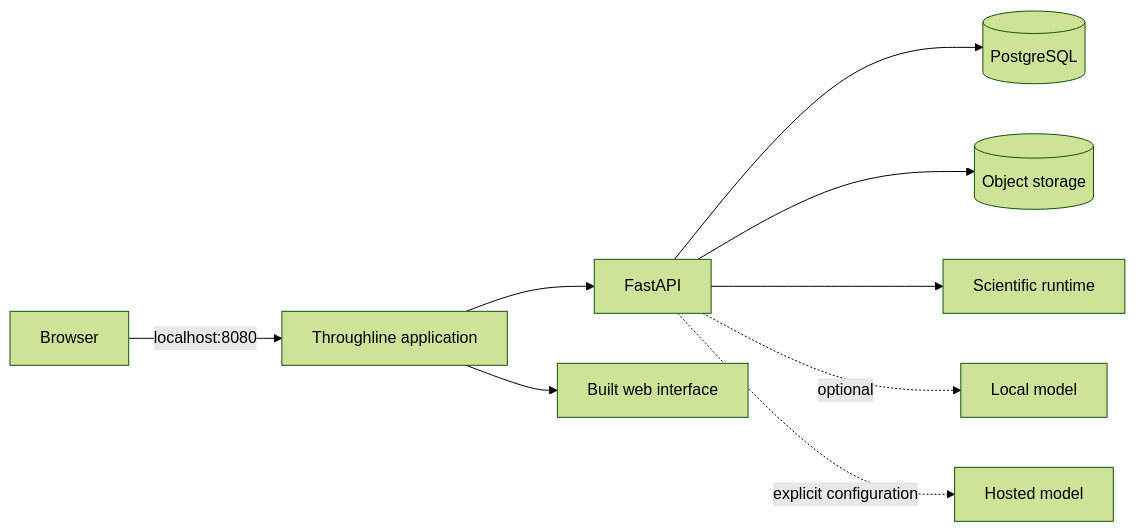
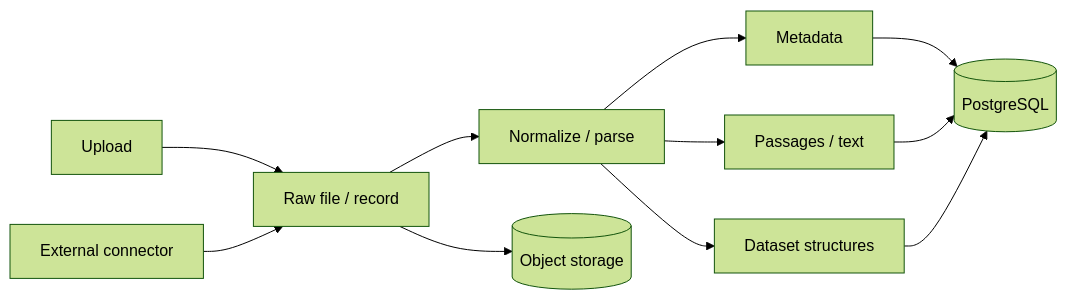
Before and after one commit to SarthakPattnaik1/throughline-os: diagram 14 of 31 in README.md, drawn with Mermaid (forest theme). The commit also changed other lines of this file, not shown here.

````diff
--- a/README.md
+++ b/README.md
@@ -312,11 +650,23 @@
 ```mermaid
 flowchart LR
-    B[Browser] -->|localhost:8080| APP[Throughline application]
-    APP --> API[FastAPI]
-    APP --> WEB[Built web interface]
-    API --> DB[(PostgreSQL)]
-    API --> OS[(Object storage)]
-    API --> SR[Scientific runtime]
-    API -. optional .-> LM[Local model]
-    API -. explicit configuration .-> HM[Hosted model]
+    U[Upload]
+    E[External connector]
+    RAW[Raw file / record]
+    N[Normalize / parse]
+    META[Metadata]
+    PASS[Passages / text]
+    DATA[Dataset structures]
+    OBJ[(Object storage)]
+    DB[(PostgreSQL)]
+
+    U --> RAW
+    E --> RAW
+    RAW --> OBJ
+    RAW --> N
+    N --> META
+    N --> PASS
+    N --> DATA
+    META --> DB
+    PASS --> DB
+    DATA --> DB
 ```
````
